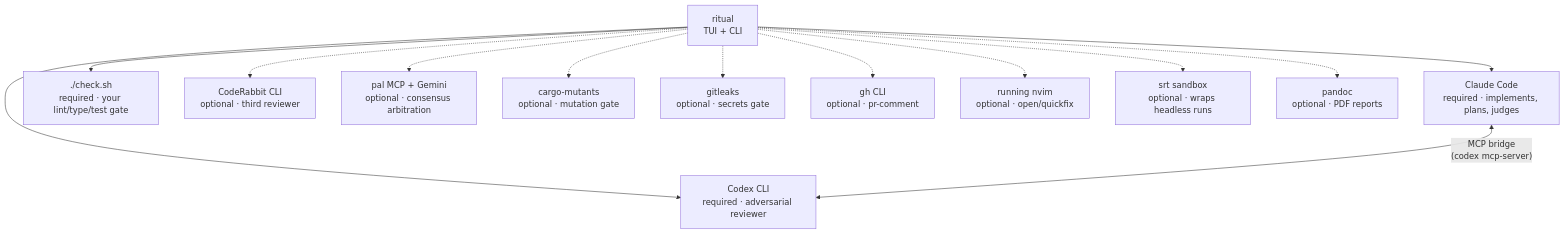
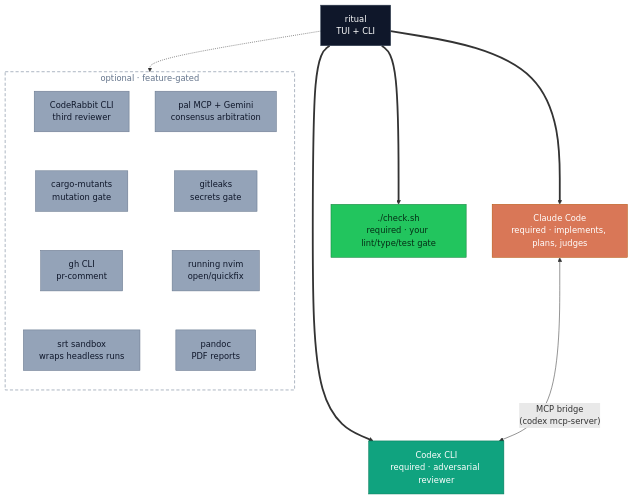
Before and after one commit to 2Tricky4u/Ritual: the first of 3 diagrams in README.md, drawn with Mermaid. The commit also changed other lines of this file, not shown here.

Commit message:
docs(readme): color the mermaid diagrams with a consistent semantic palette
One meaning per color across all three (rendered + eyeballed via
mermaid-cli): orange = claude, teal = codex, purple = cross-model,
blue = ritual machinery/judges, amber = artifacts, green = gates/done,
muted slate = optional. The ecosystem's eight optional integrations
collapse into a dashed 2x4 'optional - feature-gated' cluster; required
edges are bold, optional dashed.

````diff
--- a/README.md
+++ b/README.md
@@ -126,16 +126,28 @@
 ```mermaid
 flowchart TD
     ritual["ritual<br/>TUI + CLI"]
-    ritual --> claude["Claude Code<br/>required · implements, plans, judges"]
-    ritual --> codex["Codex CLI<br/>required · adversarial reviewer"]
+    ritual ==> claude["Claude Code<br/>required · implements, plans, judges"]
+    ritual ==> codex["Codex CLI<br/>required · adversarial reviewer"]
     claude <-->|"MCP bridge<br/>(codex mcp-server)"| codex
-    ritual --> check["./check.sh<br/>required · your lint/type/test gate"]
-    ritual -.-> rabbit["CodeRabbit CLI<br/>optional · third reviewer"]
-    ritual -.-> pal["pal MCP + Gemini<br/>optional · consensus arbitration"]
-    ritual -.-> mutants["cargo-mutants<br/>optional · mutation gate"]
-    ritual -.-> leaks["gitleaks<br/>optional · secrets gate"]
-    ritual -.-> gh["gh CLI<br/>optional · pr-comment"]
-    ritual -.-> nvim["running nvim<br/>optional · open/quickfix"]
-    ritual -.-> srt["srt sandbox<br/>optional · wraps headless runs"]
-    ritual -.-> pandoc["pandoc<br/>optional · PDF reports"]
+    ritual ==> check["./check.sh<br/>required · your lint/type/test gate"]
+    ritual -.-> optbox
+    subgraph optbox ["optional · feature-gated"]
+        direction TB
+        rabbit["CodeRabbit CLI<br/>third reviewer"] ~~~ mutants["cargo-mutants<br/>mutation gate"] ~~~ gh["gh CLI<br/>pr-comment"] ~~~ srt["srt sandbox<br/>wraps headless runs"]
+        pal["pal MCP + Gemini<br/>consensus arbitration"] ~~~ leaks["gitleaks<br/>secrets gate"] ~~~ nvim["running nvim<br/>open/quickfix"] ~~~ pandoc["pandoc<br/>PDF reports"]
+    end
+
+    %% solid/bold = required · dashed/muted = optional; vendor colors match the pipeline diagram
+    classDef core fill:#0f172a,stroke:#334155,color:#ffffff
+    classDef claudec fill:#d97757,stroke:#b45309,color:#ffffff
+    classDef codexc fill:#10a37f,stroke:#047857,color:#ffffff
+    classDef gate fill:#22c55e,stroke:#15803d,color:#052e16
+    classDef opt fill:#94a3b8,stroke:#64748b,color:#0f172a
+    classDef optframe fill:transparent,stroke:#64748b,stroke-dasharray:6 4,color:#64748b
+    class ritual core
+    class claude claudec
+    class codex codexc
+    class check gate
+    class rabbit,pal,mutants,leaks,gh,nvim,srt,pandoc opt
+    class optbox optframe
 ```
````
